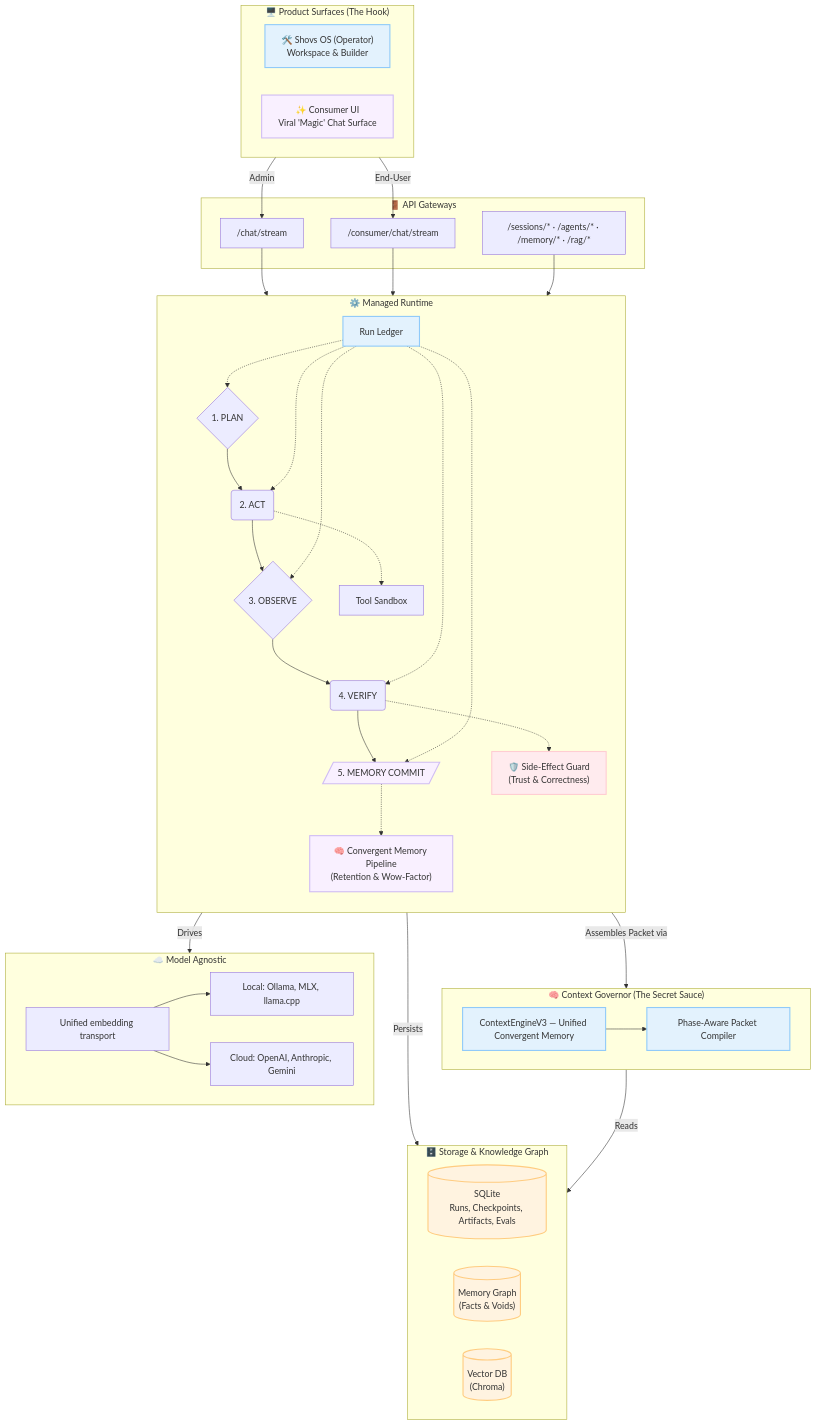
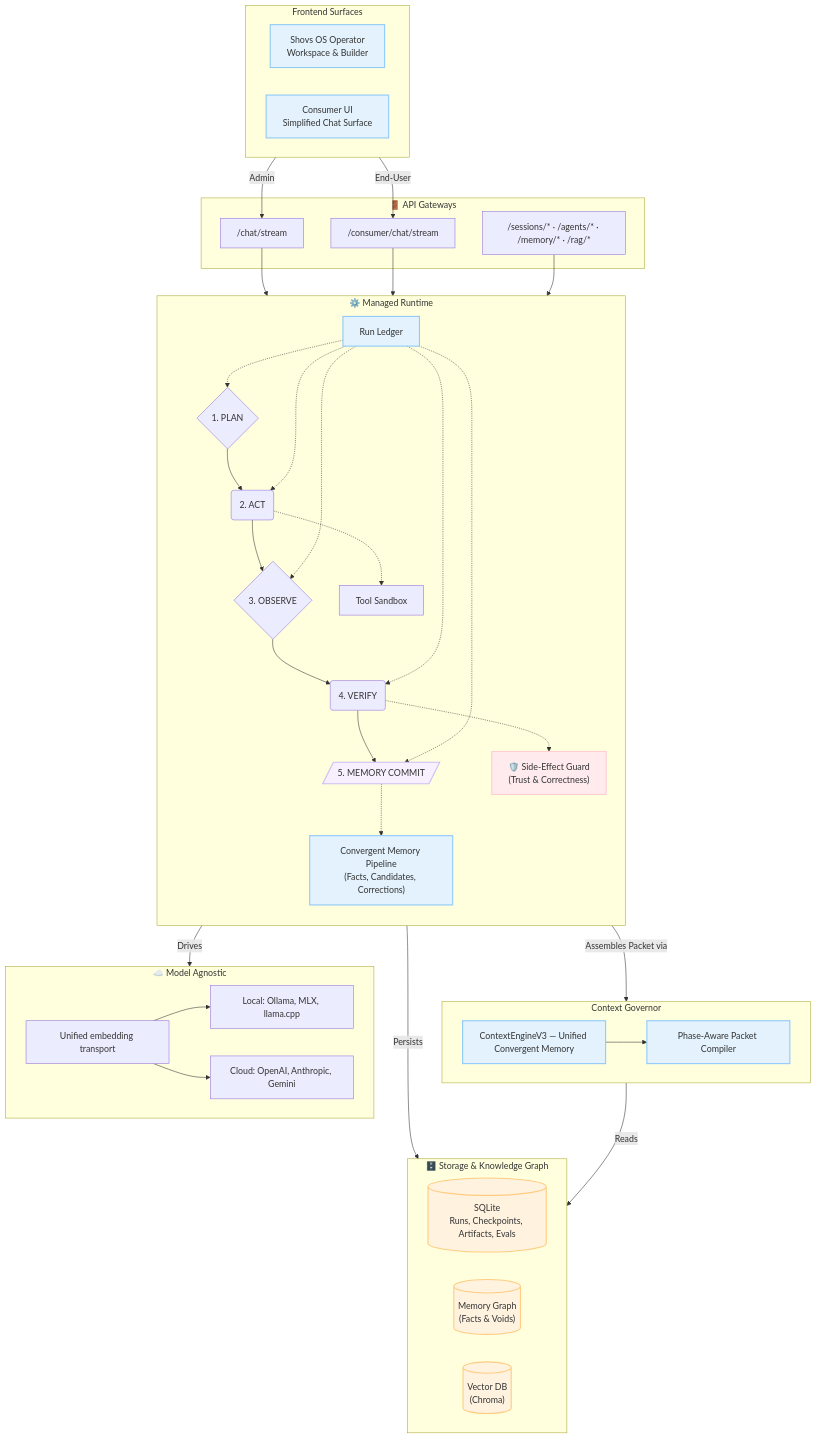
The second of 2 diagrams in README.md (theshovonsaha/shovsOS), drawn with Mermaid before and after one commit. The commit also changed other lines of this file and 15 other files, not shown here.

````diff
--- a/README.md
+++ b/README.md
@@ -108,61 +108,61 @@
 ```mermaid
 flowchart TD
   classDef magic fill:#f9f0ff,stroke:#d0bdf4,stroke-width:2px,color:#333
   classDef guard fill:#ffebee,stroke:#ffcdd2,stroke-width:2px,color:#333
   classDef storage fill:#fff3e0,stroke:#ffcc80,stroke-width:2px,color:#333
   classDef tech fill:#e3f2fd,stroke:#90caf9,stroke-width:2px,color:#333
 
-  subgraph FRONTEND["🖥️ Product Surfaces (The Hook)"]
+  subgraph FRONTEND["Frontend Surfaces"]
     direction LR
-    A1["🛠️ Shovs OS (Operator)<br/>Workspace & Builder"]:::tech
-    A2["✨ Consumer UI<br/>Viral 'Magic' Chat Surface"]:::magic
+    A1["Shovs OS Operator<br/>Workspace & Builder"]:::tech
+    A2["Consumer UI<br/>Simplified Chat Surface"]:::tech
   end
 
   subgraph FastAPI_ENTRYPOINTS["🚪 API Gateways"]
     B1["/chat/stream"]
     B2["/consumer/chat/stream"]
     B3["/sessions/* · /agents/* · /memory/* · /rag/*"]
   end
 
   subgraph RunEngine["⚙️ Managed Runtime"]
     direction TB
     C0["Run Ledger"]:::tech
     C1{"1. PLAN"} --> C2("2. ACT") --> C3{"3. OBSERVE"} --> C4("4. VERIFY") --> C5[/"5. MEMORY COMMIT"/]:::magic
     C0 -.-> C1 & C2 & C3 & C4 & C5
     
     C2 -.-> C6["Tool Sandbox"]
     C4 -.-> C8["🛡️ Side-Effect Guard<br/>(Trust & Correctness)"]:::guard
-    C5 -.-> C9["🧠 Convergent Memory Pipeline<br/>(Retention & Wow-Factor)"]:::magic
+    C5 -.-> C9["Convergent Memory Pipeline<br/>(Facts, Candidates, Corrections)"]:::tech
   end
 
-  subgraph CONTEXT_GOVERNOR["🧠 Context Governor (The Secret Sauce)"]
+  subgraph CONTEXT_GOVERNOR["Context Governor"]
     D1["ContextEngineV3 — Unified Convergent Memory"]:::tech
     D2["Phase-Aware Packet Compiler"]:::tech
     D1 --> D2
   end
 
   subgraph STORAGE_TOPOLOGY["🗄️ Storage & Knowledge Graph"]
     direction LR
     F1[("SQLite<br/>Runs, Checkpoints, Artifacts, Evals")]:::storage
     F6[("Memory Graph<br/>(Facts & Voids)")]:::storage
     F8[("Vector DB<br/>(Chroma)")]:::storage
   end
 
   subgraph PROVIDERS["☁️ Model Agnostic"]
     G1["Local: Ollama, MLX, llama.cpp"]
     G2["Cloud: OpenAI, Anthropic, Gemini"]
     G3["Unified embedding transport"]
     G3 --> G1 & G2
   end
 
   %% Flow
   A1 -->|Admin| B1
   A2 -->|End-User| B2
   B1 & B2 & B3 --> RunEngine
   
   RunEngine -->|Drives| PROVIDERS
   RunEngine -->|Persists| STORAGE_TOPOLOGY
   
   CONTEXT_GOVERNOR -->|Reads| STORAGE_TOPOLOGY
   RunEngine -->|Assembles Packet via| CONTEXT_GOVERNOR
 ```
````
